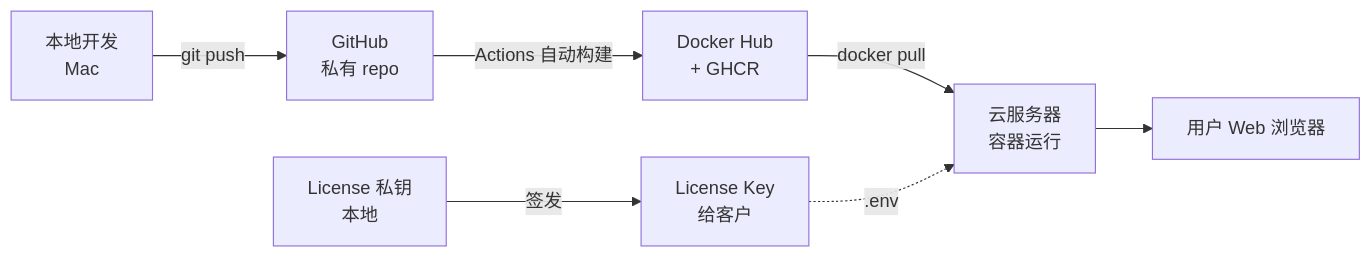
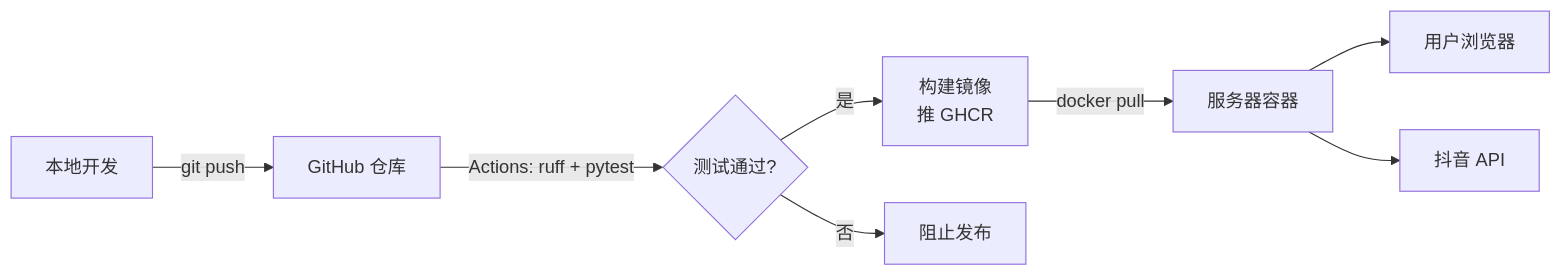
One commit to mrsxs/douyin-spark changed the diagram in obsidian-vault/00-总览.md. Above: the diagram before and after it, drawn with Mermaid. The commit also changed other lines of this file and 92 other files, not shown here.

````diff
--- a/obsidian-vault/00-总览.md
+++ b/obsidian-vault/00-总览.md
@@ -16,10 +19,10 @@
 ```mermaid
 graph LR
-  A[本地开发<br>Mac] -->|git push| B[GitHub<br>私有 repo]
-  B -->|Actions 自动构建| C[Docker Hub<br>+ GHCR]
-  C -->|docker pull| D[云服务器<br>容器运行]
-  D --> E[用户 Web 浏览器]
-
-  F[License 私钥<br>本地] -->|签发| G[License Key<br>给客户]
-  G -.->|.env| D
+  A[本地开发] -->|git push| B[GitHub 仓库]
+  B -->|Actions: ruff + pytest| C{测试通过?}
+  C -->|是| D[构建镜像<br>推 GHCR]
+  C -->|否| X[阻止发布]
+  D -->|docker pull| E[服务器容器]
+  E --> F[用户浏览器]
+  E --> G[抖音 API]
 ```
````
